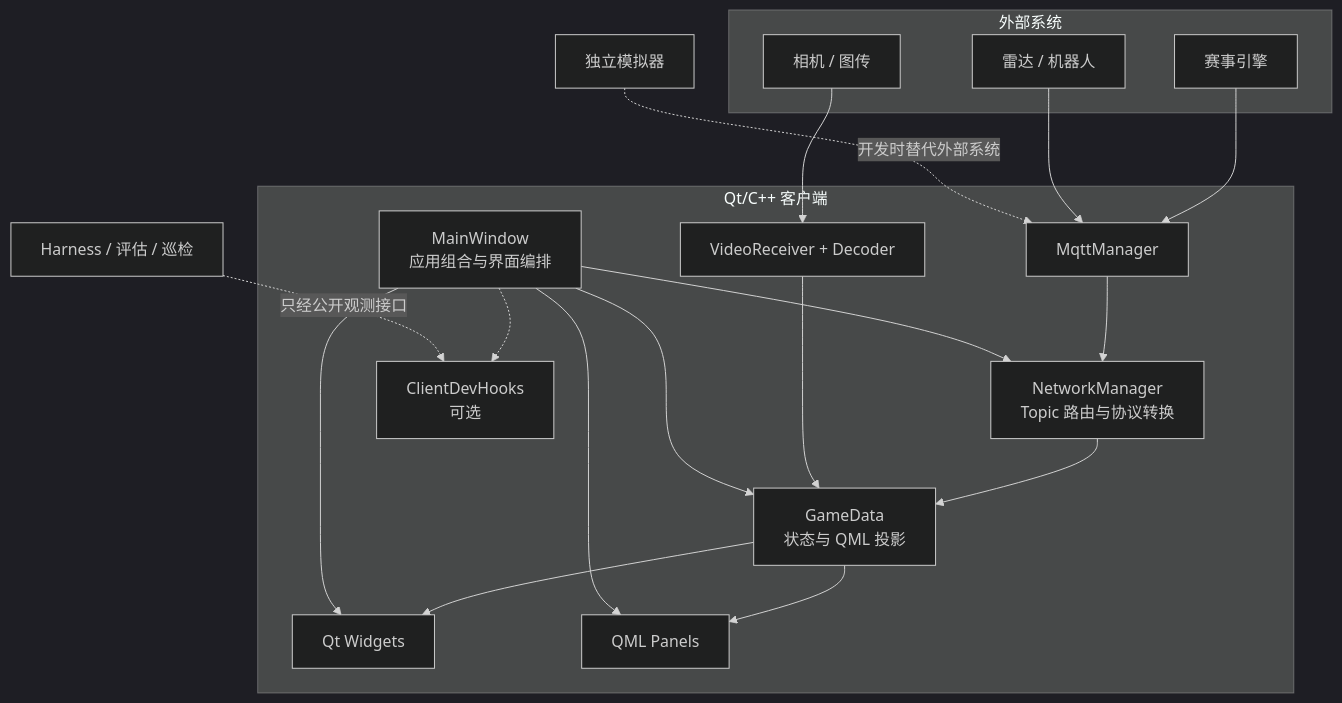
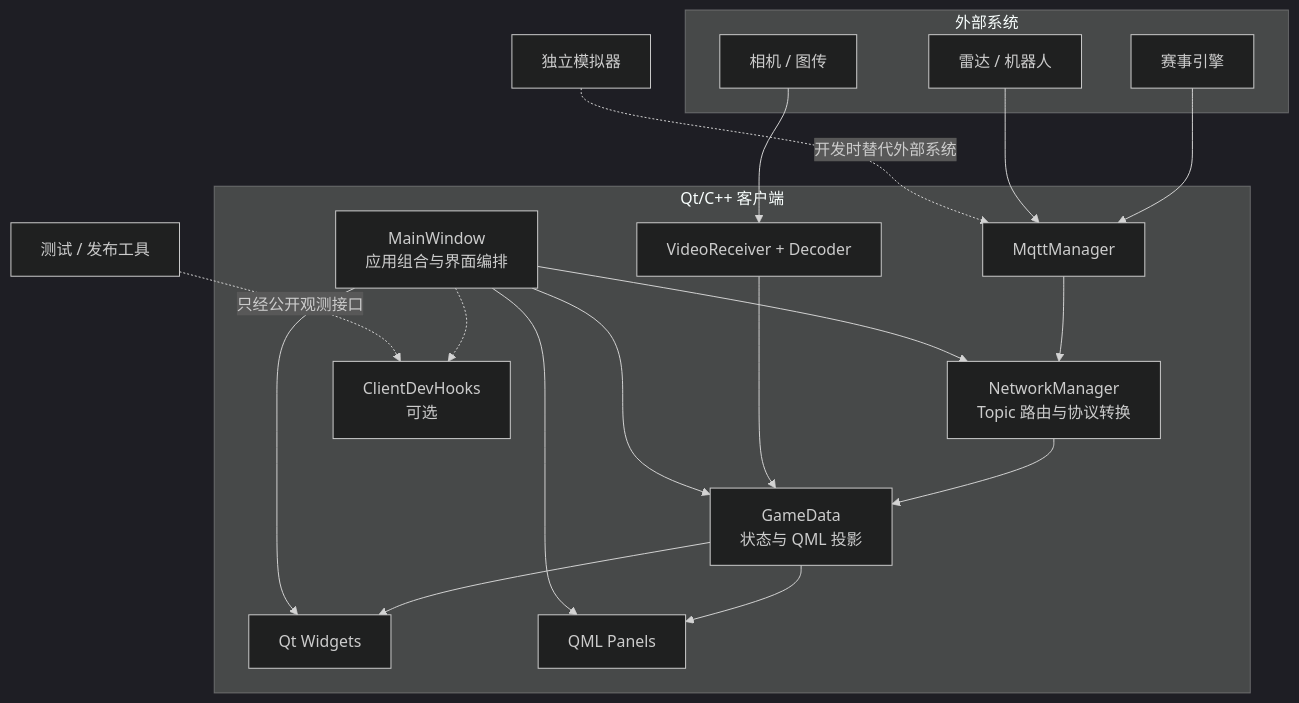
Before and after one commit to ClearWei/RM26_Client: the first of 2 diagrams in docs/architecture/overview.md, drawn with Mermaid (dark theme). The commit also changed other lines of this file and 26 other files, not shown here.

````diff
--- a/docs/architecture/overview.md
+++ b/docs/architecture/overview.md
@@ -18,36 +16,36 @@
 ```mermaid
 flowchart TB
     subgraph External["外部系统"]
         Engine["赛事引擎"]
         Radar["雷达 / 机器人"]
         Camera["相机 / 图传"]
     end
 
     subgraph Client["Qt/C++ 客户端"]
         Main["MainWindow<br/>应用组合与界面编排"]
         Network["NetworkManager<br/>Topic 路由与协议转换"]
         Mqtt["MqttManager"]
         State["GameData<br/>状态与 QML 投影"]
         Video["VideoReceiver + Decoder"]
         Widgets["Qt Widgets"]
         Qml["QML Panels"]
         Devhooks["ClientDevHooks<br/>可选"]
     end
 
     Engine --> Mqtt
     Radar --> Mqtt
     Mqtt --> Network
     Network --> State
     Camera --> Video
     Video --> State
     State --> Widgets
     State --> Qml
     Main --> Network
     Main --> State
     Main --> Widgets
     Main --> Qml
     Main -.-> Devhooks
 
     Simulator["独立模拟器"] -. "开发时替代外部系统" .-> Mqtt
-    Tools["Harness / 评估 / 巡检"] -. "只经公开观测接口" .-> Devhooks
+    Tools["测试 / 发布工具"] -. "只经公开观测接口" .-> Devhooks
 ```
````
